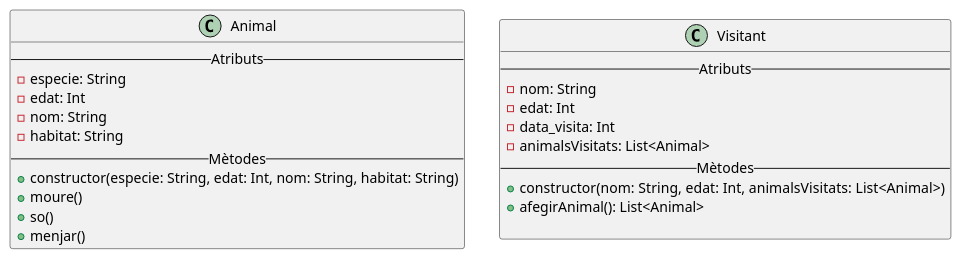
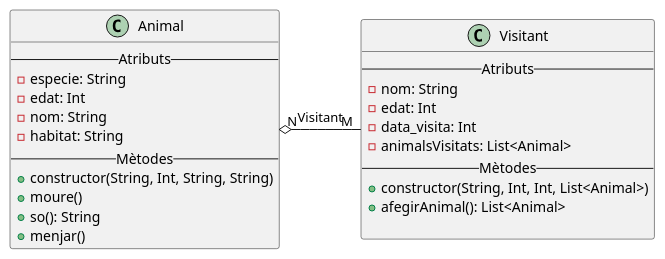
Before and after one commit to Guillermo-Mir/DissenyDiagrames: the diagram in src/main/kotlin/uml/Ex2.puml, drawn with PlantUML. The commit also changed 10 other files, not shown here.

```diff
--- a/src/main/kotlin/uml/Ex2.puml
+++ b/src/main/kotlin/uml/Ex2.puml
@@ -1,29 +1,32 @@
 @startuml
 'https://plantuml.com/class-diagram
+
 
 class Animal {
     -- Atributs --
     - especie: String
     - edat: Int
     - nom: String
     - habitat: String
     -- Mètodes --
-    + constructor(especie: String, edat: Int, nom: String, habitat: String)
+    + constructor(String, Int, String, String)
     + moure()
-    + so()
+    + so(): String
     + menjar()
 }
 
 class Visitant {
     -- Atributs --
     - nom: String
     - edat: Int
     - data_visita: Int
     - animalsVisitats: List<Animal>
     -- Mètodes --
-    + constructor(nom: String, edat: Int,  animalsVisitats: List<Animal>)
+    + constructor(String, Int, Int, List<Animal>)
     + afegirAnimal(): List<Animal>
 
 }
 
+Animal "N" o-right- "M" Visitant: Visitant
+
 @enduml
```
